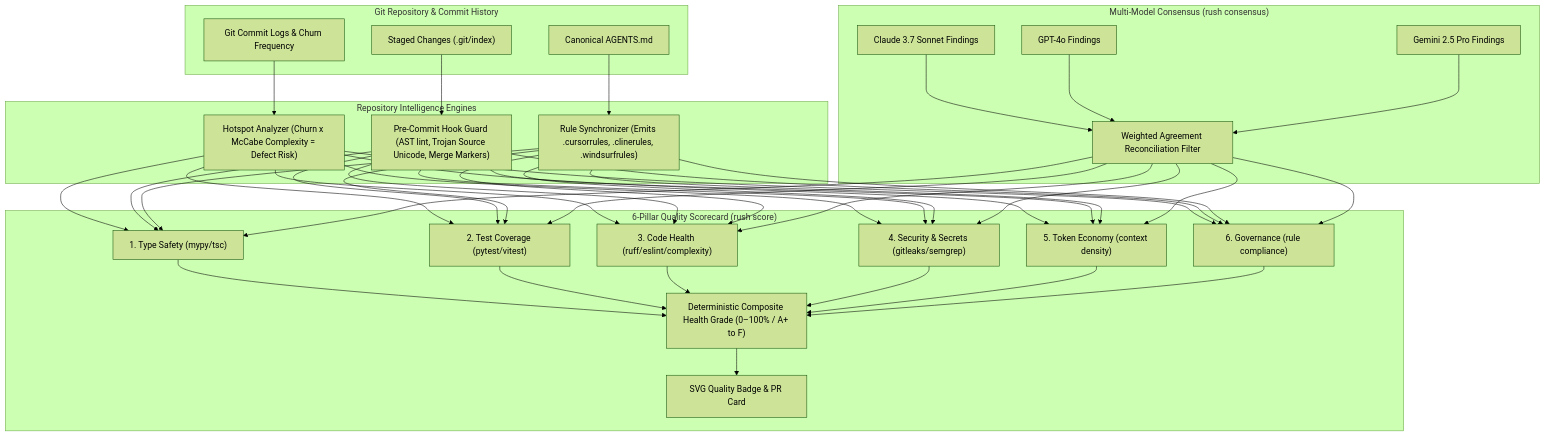
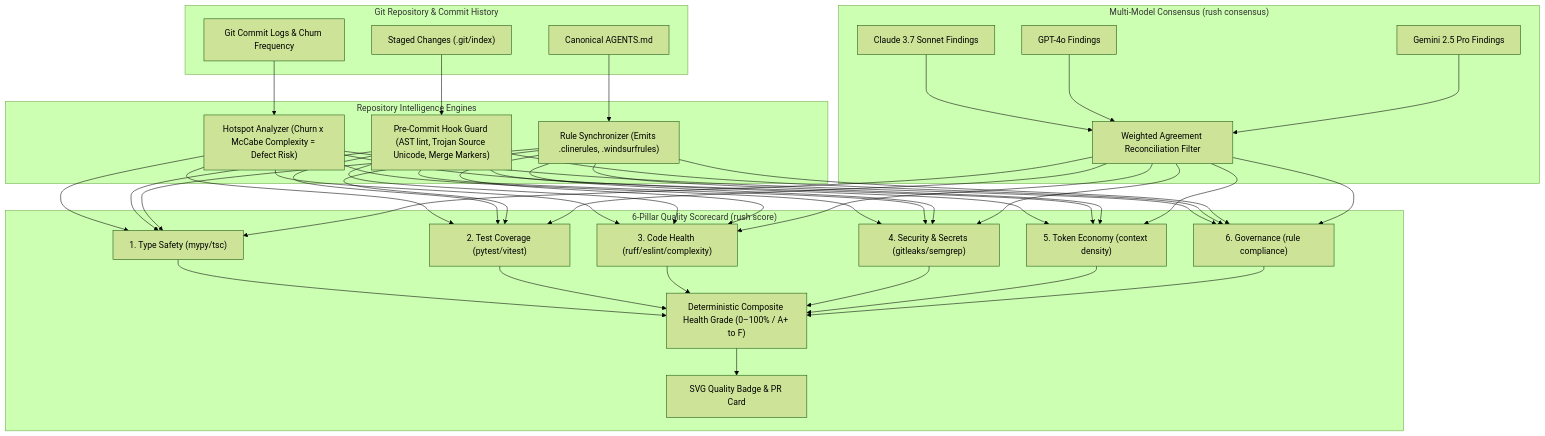
One commit to jamesdsizemore/rush-cli changed the ninth of 9 diagrams in docs/BUNDLE_DIAGRAMS.md. Above: the diagram before and after it, drawn with Mermaid (forest theme). The commit also changed other lines of this file and 61 other files, not shown here.

````diff
--- a/docs/BUNDLE_DIAGRAMS.md
+++ b/docs/BUNDLE_DIAGRAMS.md
@@ -375,42 +375,42 @@
 ```mermaid
 flowchart TD
     subgraph GitRepo["Git Repository & Commit History"]
         Commits["Git Commit Logs & Churn Frequency"]
         Staged["Staged Changes (.git/index)"]
         AgentsRules["Canonical AGENTS.md"]
     end
 
     subgraph IntelligenceEngines["Repository Intelligence Engines"]
         Hotspots["Hotspot Analyzer (Churn x McCabe Complexity = Defect Risk)"]
         HookGuard["Pre-Commit Hook Guard (AST lint, Trojan Source Unicode, Merge Markers)"]
-        Governance["Rule Synchronizer (Emits .cursorrules, .clinerules, .windsurfrules)"]
+        Governance["Rule Synchronizer (Emits .clinerules, .windsurfrules)"]
     end
 
     subgraph ConsensusSubsystem["Multi-Model Consensus (rush consensus)"]
         ModelA["Claude 3.7 Sonnet Findings"]
         ModelB["GPT-4o Findings"]
         ModelC["Gemini 2.5 Pro Findings"]
         WeightedVote["Weighted Agreement Reconciliation Filter"]
     end
 
     subgraph Scorecard["6-Pillar Quality Scorecard (rush score)"]
         P1["1. Type Safety (mypy/tsc)"]
         P2["2. Test Coverage (pytest/vitest)"]
         P3["3. Code Health (ruff/eslint/complexity)"]
         P4["4. Security & Secrets (gitleaks/semgrep)"]
         P5["5. Token Economy (context density)"]
         P6["6. Governance (rule compliance)"]
         HealthScore["Deterministic Composite Health Grade (0–100% / A+ to F)"]
         SVGBadge["SVG Quality Badge & PR Card"]
     end
 
     Commits --> Hotspots
     Staged --> HookGuard
     AgentsRules --> Governance
 
     ModelA & ModelB & ModelC --> WeightedVote
 
     Hotspots & HookGuard & Governance & WeightedVote --> P1 & P2 & P3 & P4 & P5 & P6
     P1 & P2 & P3 & P4 & P5 & P6 --> HealthScore
     HealthScore --> SVGBadge
 ```
````
